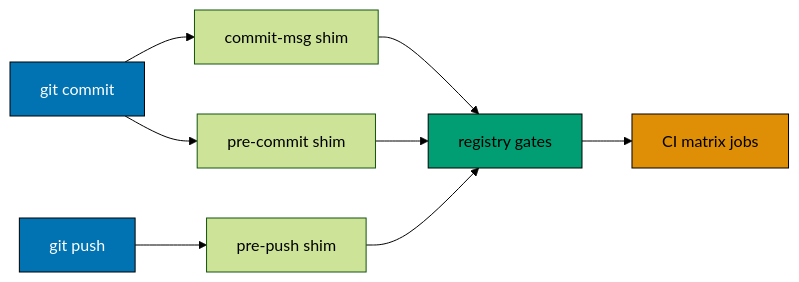
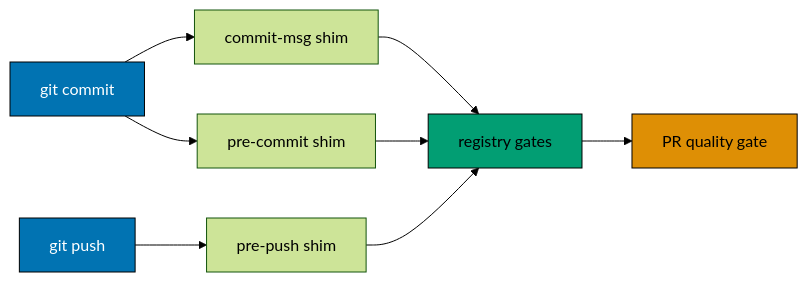
The diagram in repo-governance/development/workflow/git-hook-lifecycle.md (wahidyankf/ose-public), drawn with Mermaid (forest theme) before and after one commit. The commit also changed other lines of this file and 55 other files, not shown here.

````diff
--- a/repo-governance/development/workflow/git-hook-lifecycle.md
+++ b/repo-governance/development/workflow/git-hook-lifecycle.md
@@ -38,20 +40,20 @@
 ```mermaid
 %% Color palette: Blue #0173B2, Orange #DE8F05, Teal #029E73
 flowchart LR
     accTitle: Hook shims
     accDescr: git commit leads to commit-msg shim; git commit leads to pre-commit shim; git push leads to pre-push shim; commit-msg shim leads to registry gates; pre-commit shim leads to registry gates; and 2 more links.
     Commit["git commit"] --> Message["commit-msg shim"]
     Commit --> PreCommit["pre-commit shim"]
     Push["git push"] --> PrePush["pre-push shim"]
     Message --> Registry["registry gates"]
     PreCommit --> Registry
     PrePush --> Registry
-    Registry --> CI["CI matrix jobs"]
+    Registry --> CI["PR quality gate"]
 
     classDef blue fill:#0173B2,stroke:#000000,color:#FFFFFF
     classDef tone fill:#029E73,stroke:#000000,color:#000000
     classDef orange fill:#DE8F05,stroke:#000000,color:#000000
     class Commit,Push blue
     class Registry tone
     class CI orange
 ```
````
